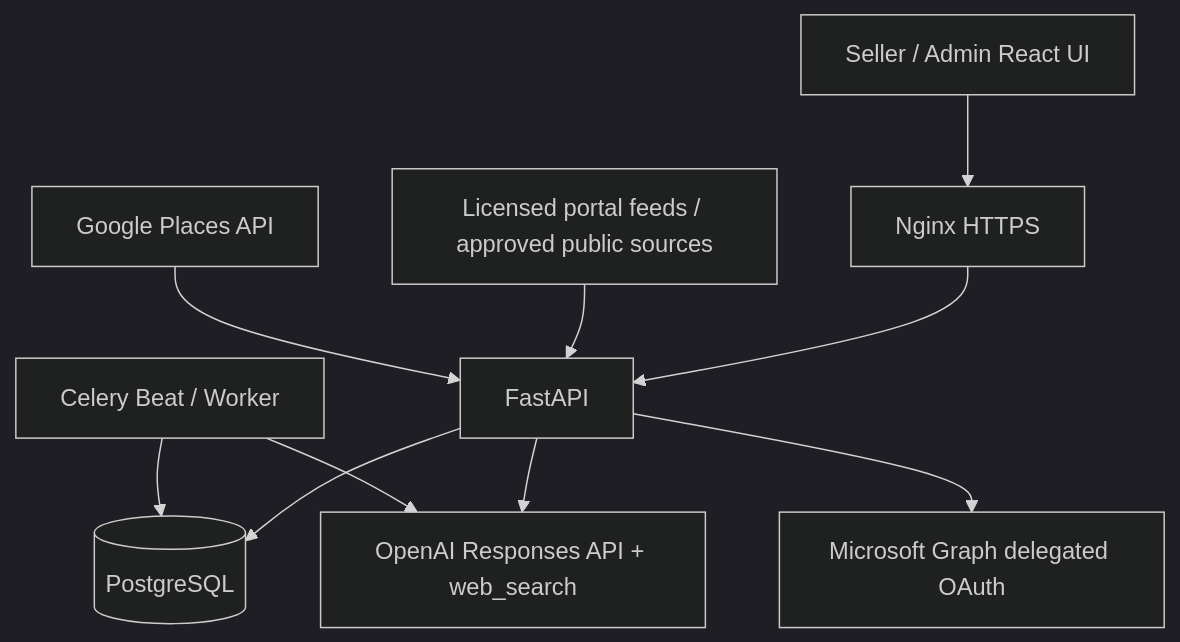
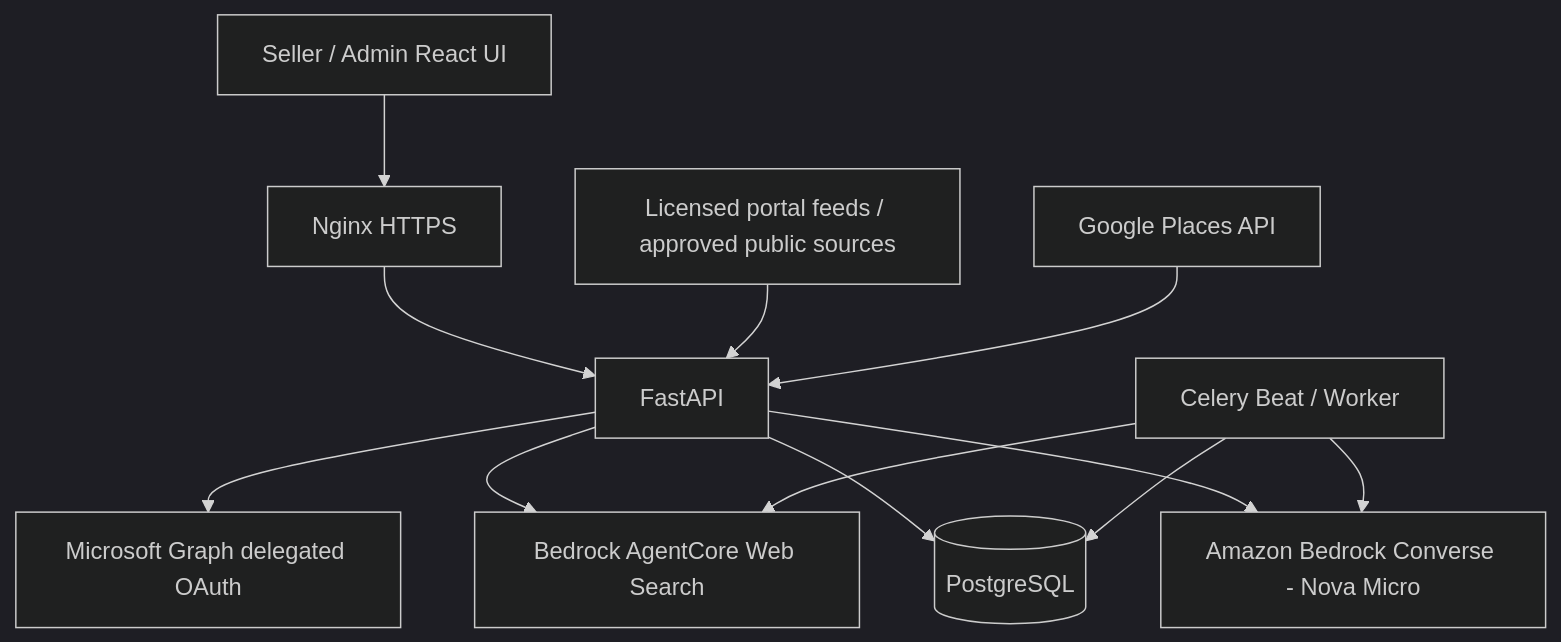
Before and after one commit to carlosmenem1973/ThinkSmart-Lone2StateAi: the diagram in docs/architecture.md, drawn with Mermaid (dark theme). The commit also changed other lines of this file, not shown here.

Commit message:
Document AWS-native Bedrock and AgentCore AI architecture

````diff
--- a/docs/architecture.md
+++ b/docs/architecture.md
@@ -3,12 +3,14 @@
 ```mermaid
 flowchart TD
   A[Seller / Admin React UI] --> B[Nginx HTTPS]
   B --> C[FastAPI]
   C --> D[(PostgreSQL)]
-  C --> E[OpenAI Responses API + web_search]
+  C --> E[Amazon Bedrock Converse - Nova Micro]
+  C --> J[Bedrock AgentCore Web Search]
   C --> F[Microsoft Graph delegated OAuth]
   G[Celery Beat / Worker] --> E
+  G --> J
   G --> D
   H[Licensed portal feeds / approved public sources] --> C
   I[Google Places API] --> C
 ```
````
